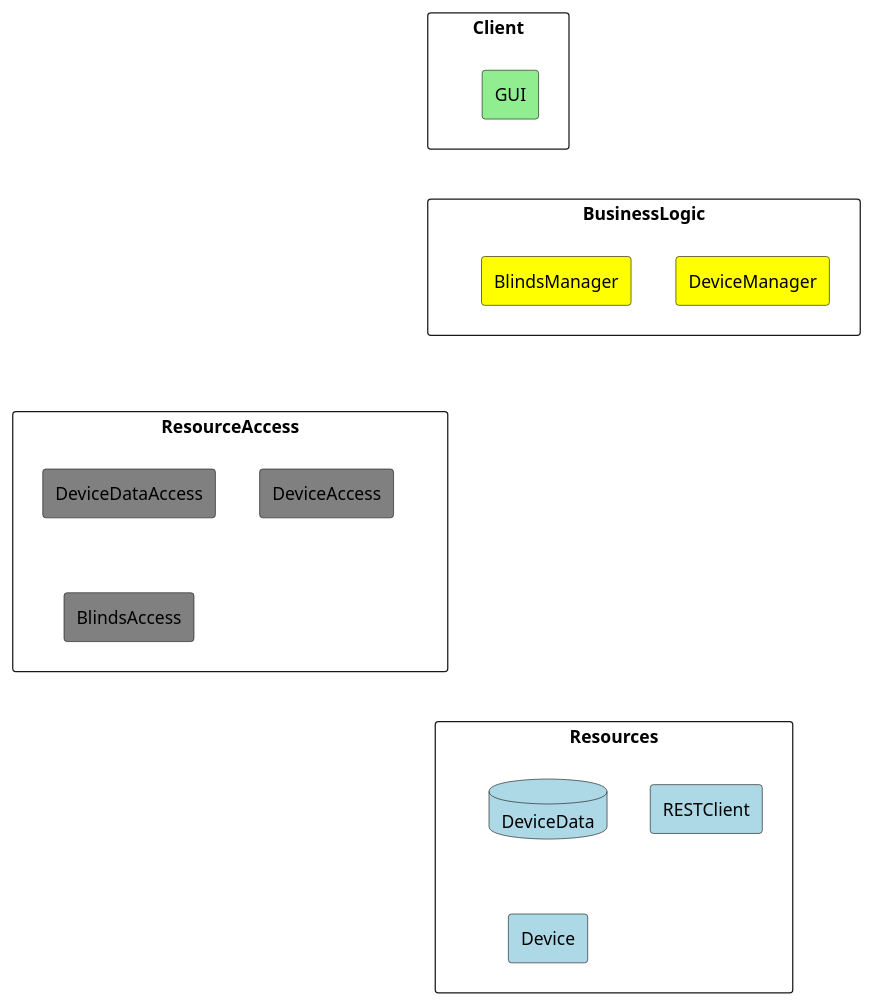
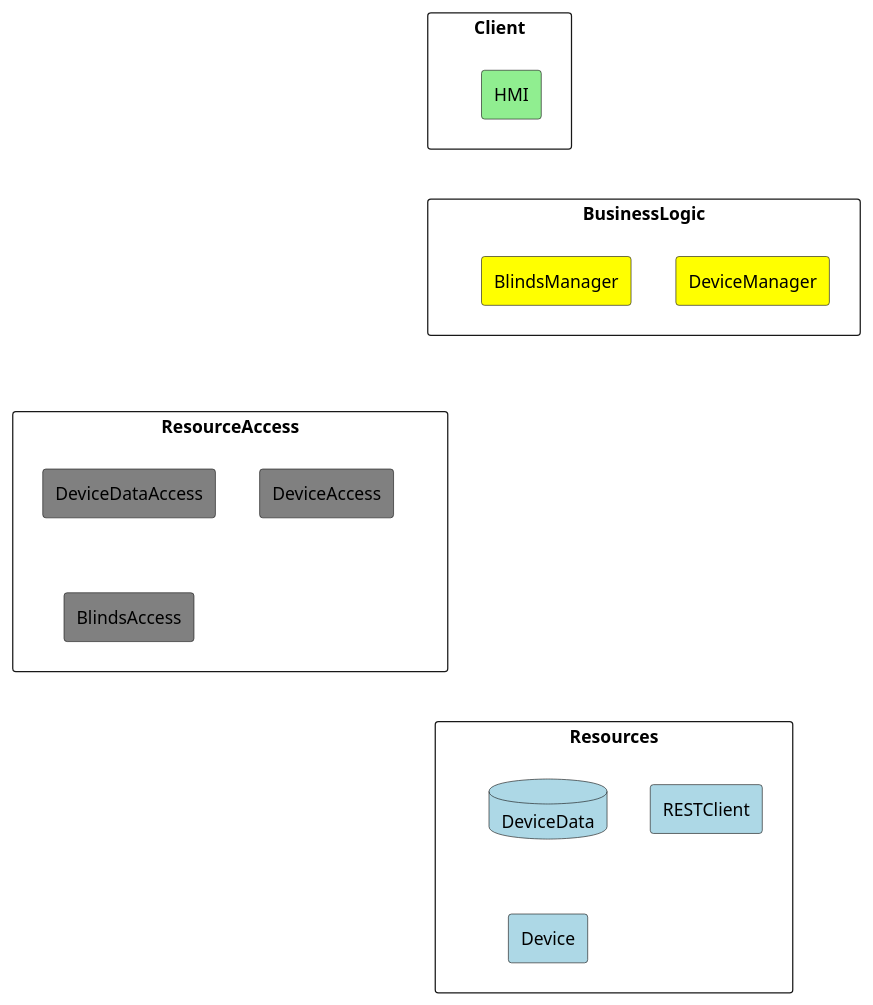
Before and after one commit to k-phi/M5Core2BlindsController: the diagram in documentation/static-architecture.puml, drawn with PlantUML. The commit also changed 3 other files, not shown here.

```diff
--- a/documentation/static-architecture.puml
+++ b/documentation/static-architecture.puml
@@ -1,30 +1,30 @@
 @startuml Static Architecture
 
 skinparam ComponentStyle rectangle
 
 component Client {
-    [GUI] #LightGreen
+    [HMI] #LightGreen
 }
 
 component BusinessLogic {
     [DeviceManager] #Yellow
     [BlindsManager] #Yellow   
 }
 
 component ResourceAccess {
     [DeviceDataAccess] #Grey
     [DeviceAccess] #Grey
     [BlindsAccess] #Grey
 }
 
 component Resources {
     database DeviceData #LightBlue
     [RESTClient] #LightBlue
     [Device] #LightBlue
 }
 
 Client -[hidden]d-> BusinessLogic
 BusinessLogic --[hidden]d-> ResourceAccess
 ResourceAccess --[hidden]d-> Resources
 
 @enduml
```
